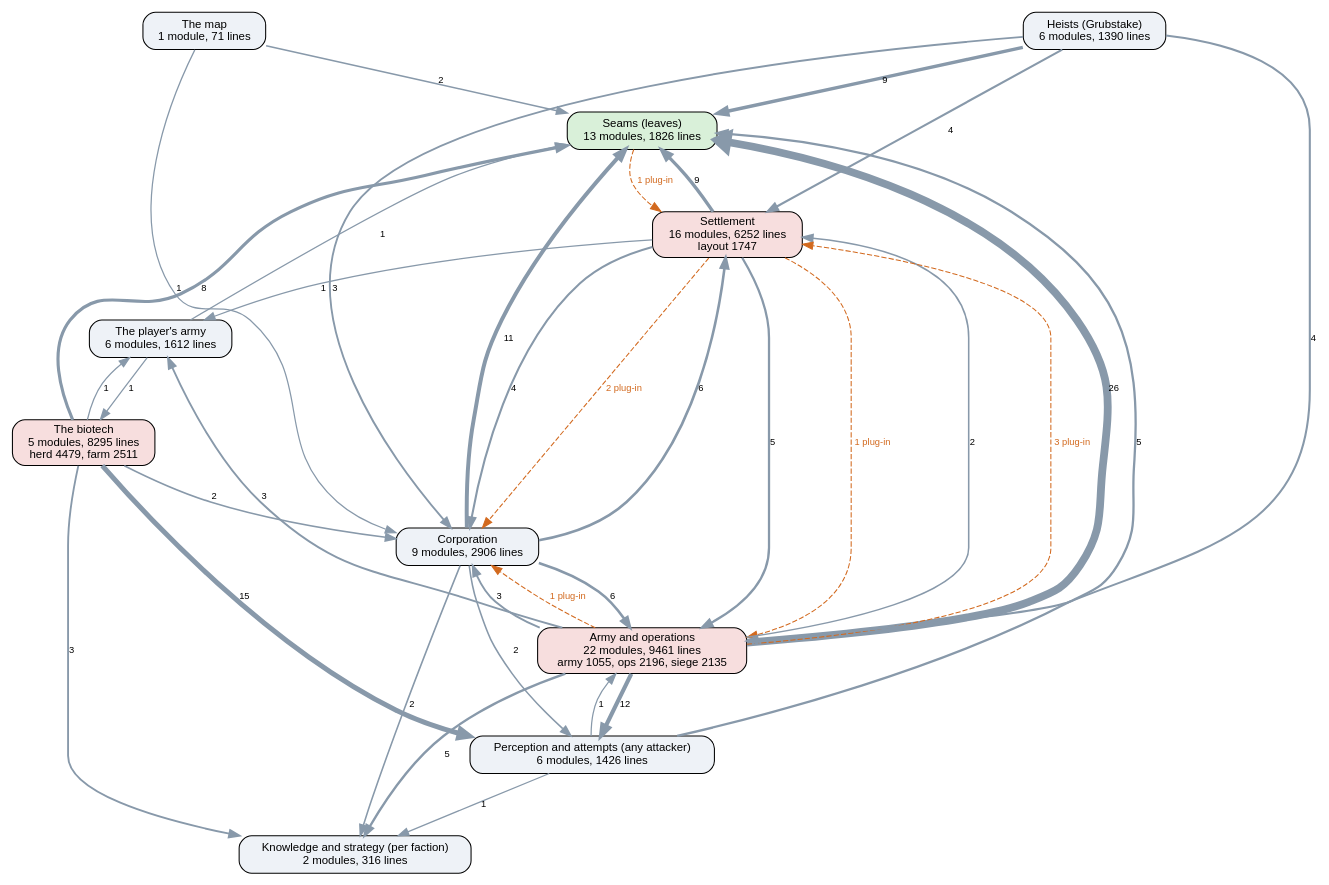
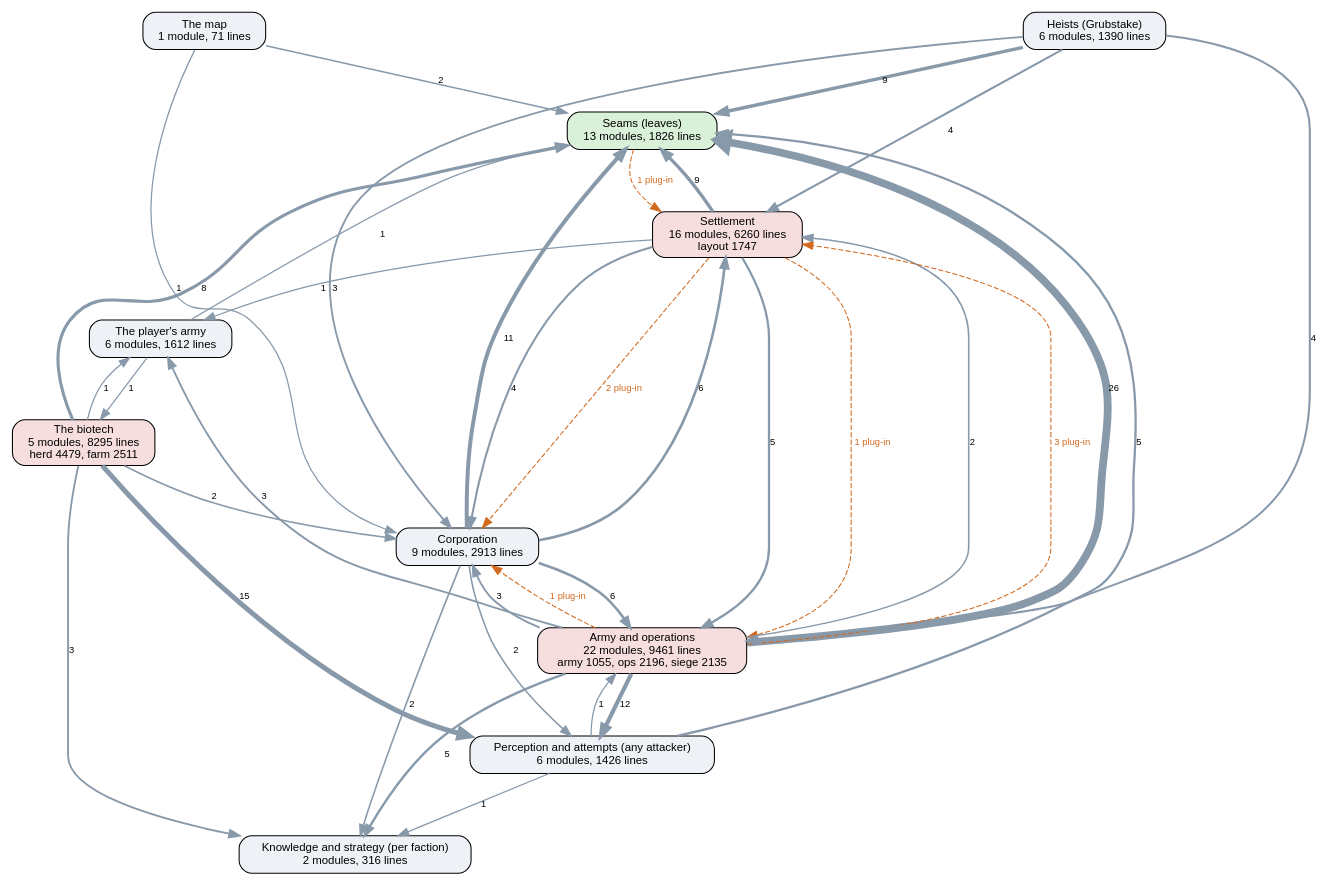
The diagram in docs/ai-layers.dot (kinelhu/landing-party), drawn with Graphviz before and after one commit. The commit also changed 13 other files, not shown here.

```diff
--- a/docs/ai-layers.dot
+++ b/docs/ai-layers.dot
@@ -1,51 +1,51 @@
 digraph layers {
   graph [rankdir=TB, fontname="Helvetica", nodesep=0.5, ranksep=0.7];
   node [shape=box, style="rounded,filled", fontname="Helvetica", fontsize=11, fillcolor="#eef2f7"];
   edge [color="#8899aa", fontname="Helvetica", fontsize=9];
   "Seams (leaves)" [label="Seams (leaves)\n13 modules, 1826 lines", fillcolor="#d9f0d9"];
   "Perception and attempts (any attacker)" [label="Perception and attempts (any attacker)\n6 modules, 1426 lines", fillcolor="#eef2f7"];
   "Knowledge and strategy (per faction)" [label="Knowledge and strategy (per faction)\n2 modules, 316 lines", fillcolor="#eef2f7"];
-  "Corporation" [label="Corporation\n9 modules, 2906 lines", fillcolor="#eef2f7"];
-  "Settlement" [label="Settlement\n16 modules, 6252 lines\nlayout 1747", fillcolor="#f7dede"];
+  "Corporation" [label="Corporation\n9 modules, 2913 lines", fillcolor="#eef2f7"];
+  "Settlement" [label="Settlement\n16 modules, 6260 lines\nlayout 1747", fillcolor="#f7dede"];
   "Army and operations" [label="Army and operations\n22 modules, 9461 lines\narmy 1055, ops 2196, siege 2135", fillcolor="#f7dede"];
   "Heists (Grubstake)" [label="Heists (Grubstake)\n6 modules, 1390 lines", fillcolor="#eef2f7"];
   "The biotech" [label="The biotech\n5 modules, 8295 lines\nherd 4479, farm 2511", fillcolor="#f7dede"];
   "The map" [label="The map\n1 module, 71 lines", fillcolor="#eef2f7"];
   "The player's army" [label="The player's army\n6 modules, 1612 lines", fillcolor="#eef2f7"];
   "Army and operations" -> "Corporation" [label="3", penwidth=1.8];
   "Army and operations" -> "Knowledge and strategy (per faction)" [label="5", penwidth=2.2];
   "Army and operations" -> "Perception and attempts (any attacker)" [label="12", penwidth=4.0];
   "Army and operations" -> "Seams (leaves)" [label="26", penwidth=7.5];
   "Army and operations" -> "Settlement" [label="2", penwidth=1.5];
   "Army and operations" -> "The player's army" [label="3", penwidth=1.8];
   "Corporation" -> "Army and operations" [label="6", penwidth=2.5];
   "Corporation" -> "Knowledge and strategy (per faction)" [label="2", penwidth=1.5];
   "Corporation" -> "Perception and attempts (any attacker)" [label="2", penwidth=1.5];
   "Corporation" -> "Seams (leaves)" [label="11", penwidth=3.8];
   "Corporation" -> "Settlement" [label="6", penwidth=2.5];
   "Heists (Grubstake)" -> "Army and operations" [label="4", penwidth=2.0];
   "Heists (Grubstake)" -> "Corporation" [label="3", penwidth=1.8];
   "Heists (Grubstake)" -> "Seams (leaves)" [label="9", penwidth=3.2];
   "Heists (Grubstake)" -> "Settlement" [label="4", penwidth=2.0];
   "Perception and attempts (any attacker)" -> "Army and operations" [label="1", penwidth=1.2];
   "Perception and attempts (any attacker)" -> "Knowledge and strategy (per faction)" [label="1", penwidth=1.2];
   "Perception and attempts (any attacker)" -> "Seams (leaves)" [label="5", penwidth=2.2];
   "Settlement" -> "Army and operations" [label="5", penwidth=2.2];
   "Settlement" -> "Corporation" [label="4", penwidth=2.0];
   "Settlement" -> "Seams (leaves)" [label="9", penwidth=3.2];
   "Settlement" -> "The player's army" [label="1", penwidth=1.2];
   "The biotech" -> "Corporation" [label="2", penwidth=1.5];
   "The biotech" -> "Knowledge and strategy (per faction)" [label="3", penwidth=1.8];
   "The biotech" -> "Perception and attempts (any attacker)" [label="15", penwidth=4.8];
   "The biotech" -> "Seams (leaves)" [label="8", penwidth=3.0];
   "The biotech" -> "The player's army" [label="1", penwidth=1.2];
   "The map" -> "Corporation" [label="1", penwidth=1.2];
   "The map" -> "Seams (leaves)" [label="2", penwidth=1.5];
   "The player's army" -> "Seams (leaves)" [label="1", penwidth=1.2];
   "The player's army" -> "The biotech" [label="1", penwidth=1.2];
   "Army and operations" -> "Corporation" [style=dashed, color="#d2691e", fontcolor="#d2691e", label="1 plug-in"];
   "Army and operations" -> "Settlement" [style=dashed, color="#d2691e", fontcolor="#d2691e", label="3 plug-in"];
   "Seams (leaves)" -> "Settlement" [style=dashed, color="#d2691e", fontcolor="#d2691e", label="1 plug-in"];
   "Settlement" -> "Army and operations" [style=dashed, color="#d2691e", fontcolor="#d2691e", label="1 plug-in"];
   "Settlement" -> "Corporation" [style=dashed, color="#d2691e", fontcolor="#d2691e", label="2 plug-in"];
 }
```
